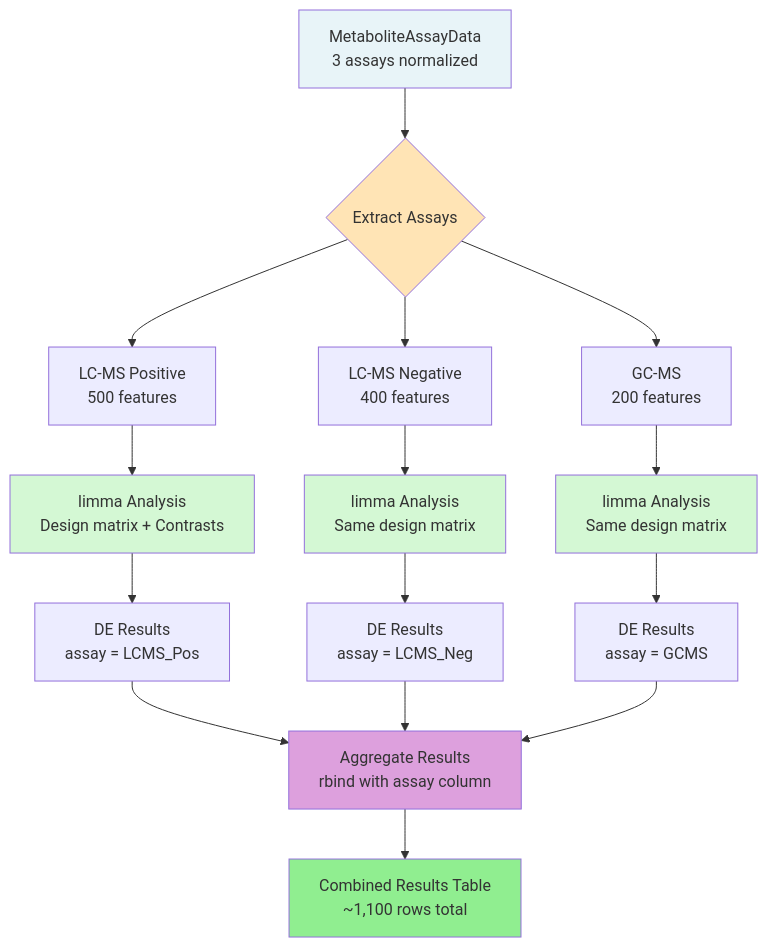
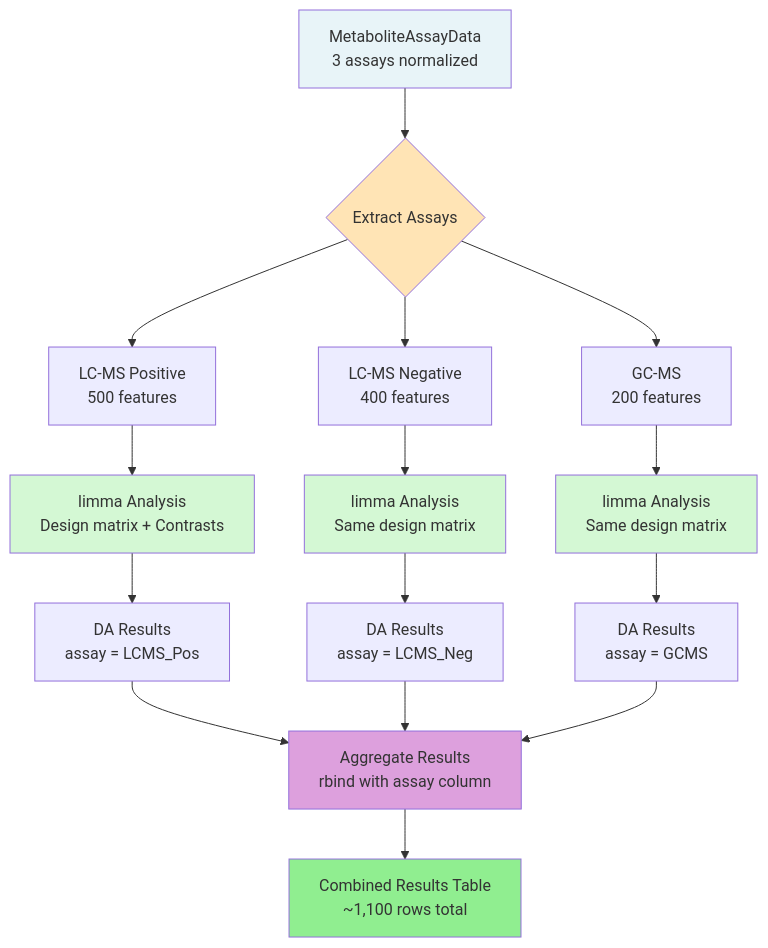
Diagram 13 of 15 in docs/dummies_guide_to_multischolar.md (APAF-bioinformatics/MultiScholaR), drawn with Mermaid before and after one commit. The commit also changed other lines of this file, not shown here.

````diff
--- a/docs/dummies_guide_to_multischolar.md
+++ b/docs/dummies_guide_to_multischolar.md
@@ -5430,30 +5430,30 @@
 ```mermaid
 flowchart TD
     Input[MetaboliteAssayData<br/>3 assays normalized] --> Split{Extract Assays}
     
     Split --> LCMS_Pos[LC-MS Positive<br/>500 features]
     Split --> LCMS_Neg[LC-MS Negative<br/>400 features]
     Split --> GCMS[GC-MS<br/>200 features]
     
-    LCMS_Pos --> DE1[limma Analysis<br/>Design matrix + Contrasts]
-    LCMS_Neg --> DE2[limma Analysis<br/>Same design matrix]
-    GCMS --> DE3[limma Analysis<br/>Same design matrix]
+    LCMS_Pos --> DA1[limma Analysis<br/>Design matrix + Contrasts]
+    LCMS_Neg --> DA2[limma Analysis<br/>Same design matrix]
+    GCMS --> DA3[limma Analysis<br/>Same design matrix]
     
-    DE1 --> Results1[DE Results<br/>assay = LCMS_Pos]
-    DE2 --> Results2[DE Results<br/>assay = LCMS_Neg]
-    DE3 --> Results3[DE Results<br/>assay = GCMS]
+    DA1 --> Results1[DA Results<br/>assay = LCMS_Pos]
+    DA2 --> Results2[DA Results<br/>assay = LCMS_Neg]
+    DA3 --> Results3[DA Results<br/>assay = GCMS]
     
     Results1 --> Combine[Aggregate Results<br/>rbind with assay column]
     Results2 --> Combine
     Results3 --> Combine
     
     Combine --> Output[Combined Results Table<br/>~1,100 rows total]
     
     style Input fill:#E8F4F8
     style Split fill:#FFE4B5
-    style DE1 fill:#D4F8D4
-    style DE2 fill:#D4F8D4
-    style DE3 fill:#D4F8D4
+    style DA1 fill:#D4F8D4
+    style DA2 fill:#D4F8D4
+    style DA3 fill:#D4F8D4
     style Combine fill:#DDA0DD
     style Output fill:#90EE90
 ```
````
